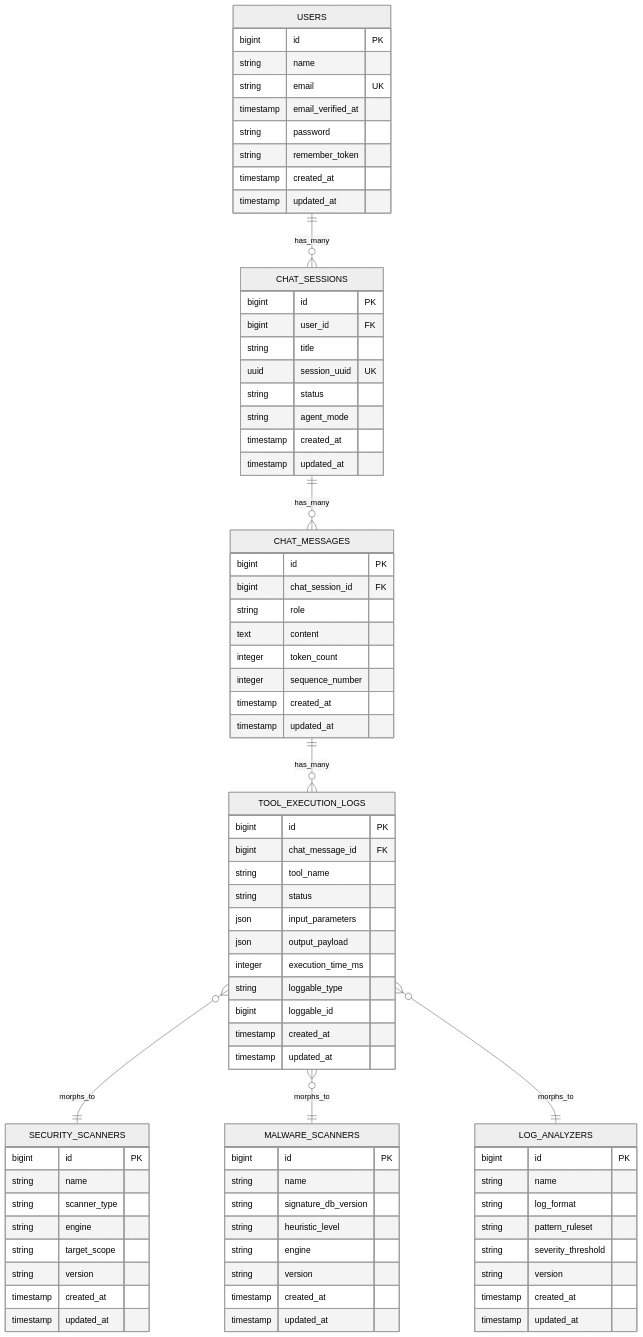
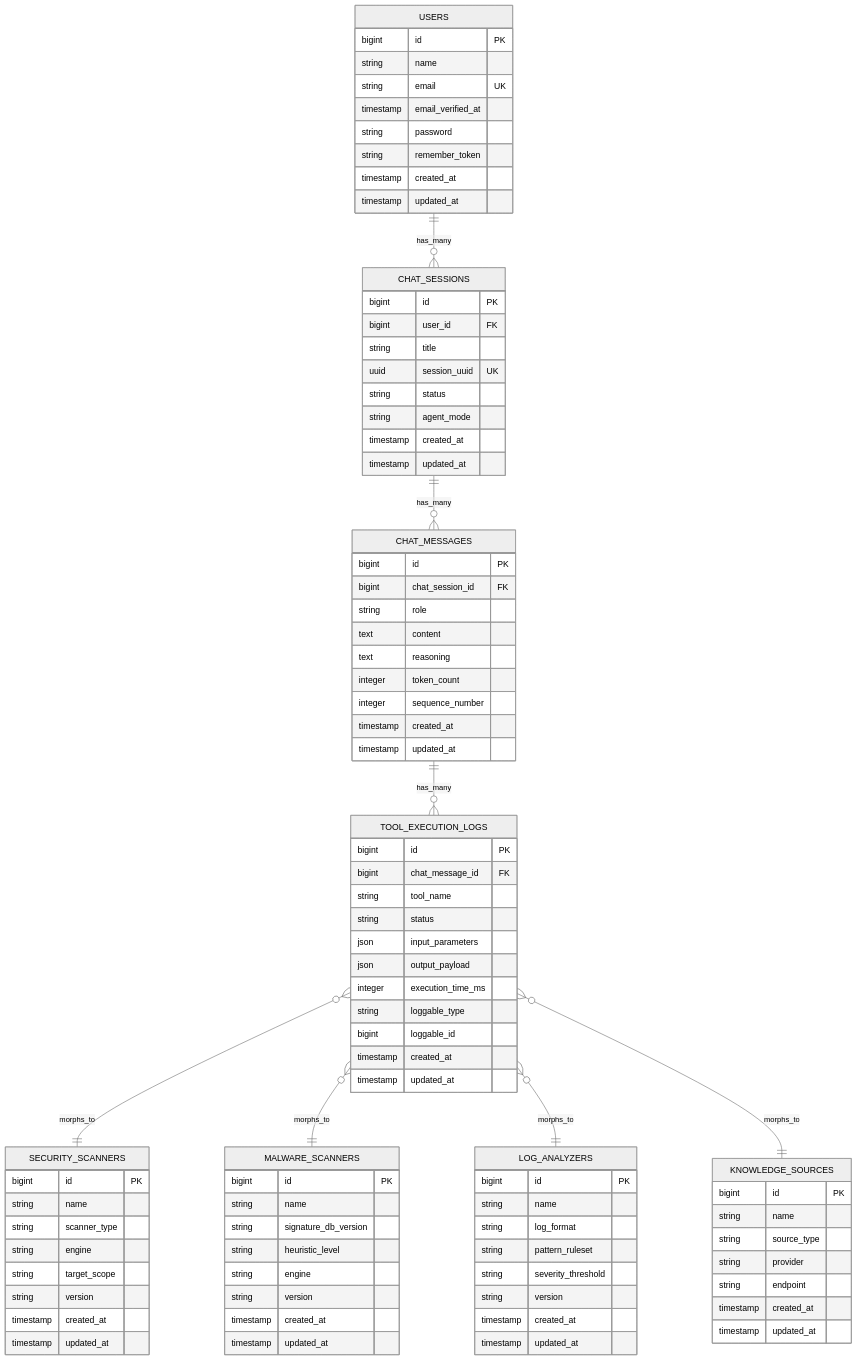
One commit to Samubrine/security-agent-harness changed the second of 2 diagrams in README.md. Above: the diagram before and after it, drawn with Mermaid (neutral theme). The commit also changed other lines of this file and 4 other files, not shown here.

````diff
--- a/README.md
+++ b/README.md
@@ -60,6 +88,7 @@
     TOOL_EXECUTION_LOGS }o--|| SECURITY_SCANNERS : "morphs_to"
     TOOL_EXECUTION_LOGS }o--|| MALWARE_SCANNERS : "morphs_to"
     TOOL_EXECUTION_LOGS }o--|| LOG_ANALYZERS : "morphs_to"
+    TOOL_EXECUTION_LOGS }o--|| KNOWLEDGE_SOURCES : "morphs_to"
 
     USERS {
         bigint id PK
@@ -88,6 +117,7 @@
         bigint chat_session_id FK
         string role
         text content
+        text reasoning
         integer token_count
         integer sequence_number
         timestamp created_at
@@ -140,4 +170,14 @@
         timestamp created_at
         timestamp updated_at
     }
+
+    KNOWLEDGE_SOURCES {
+        bigint id PK
+        string name
+        string source_type
+        string provider
+        string endpoint
+        timestamp created_at
+        timestamp updated_at
+    }
 ```
````
